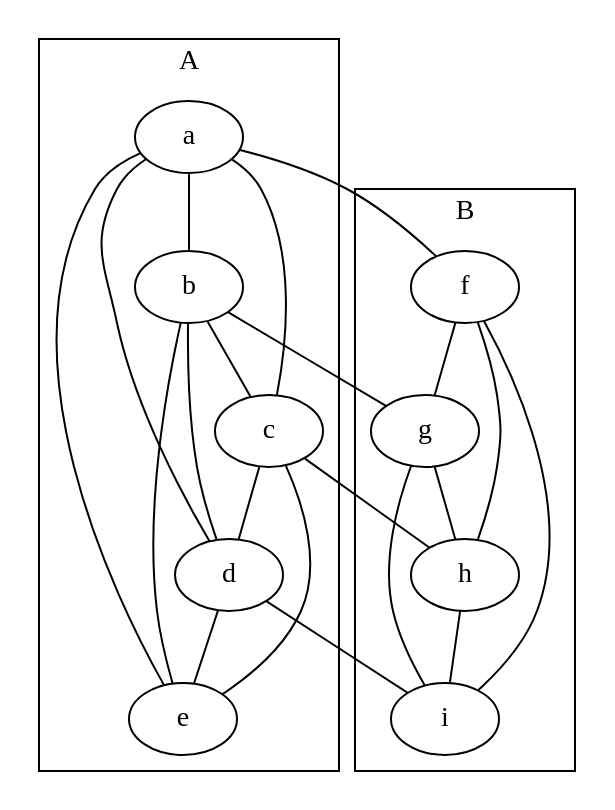
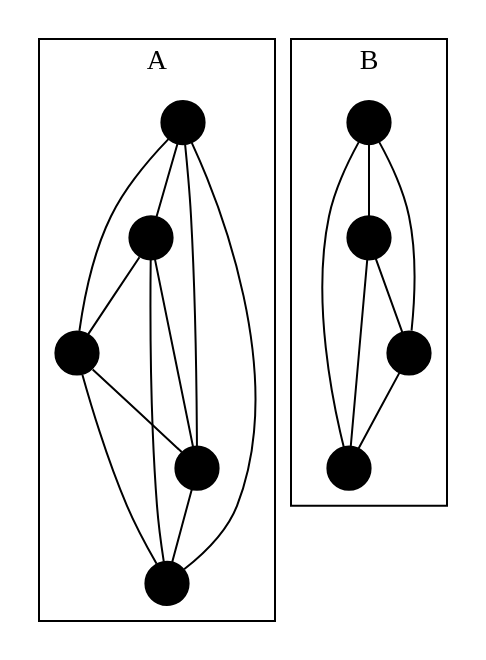
Before and after one commit to adrianN/Models-of-Computation: the diagram in images/colour_via_matching.dot, drawn with Graphviz. The commit also changed 3 other files, not shown here.

```diff
--- a/images/colour_via_matching.dot
+++ b/images/colour_via_matching.dot
@@ -1,32 +1,29 @@
 graph G {
-
+	node [label ="", shape = point, width = 0.3, height = 0.3]
 	subgraph cluster2 {
 		label = "A"
 		a -- b
 		a -- c
 		a -- d
 		a -- e
 		b -- c
 		b -- d
 		b -- e
 		c -- d
 		c -- e
 		d -- e
 		
 	}
 	
 	subgraph cluster1 {
 	  label = "B"
 		f -- g
 		f -- h
 		f -- i
 		g -- h
 		g -- i
 		h -- i
 	}
 	
-	a -- f
-	b -- g
-	c -- h
-	d -- i
+
 }
```
